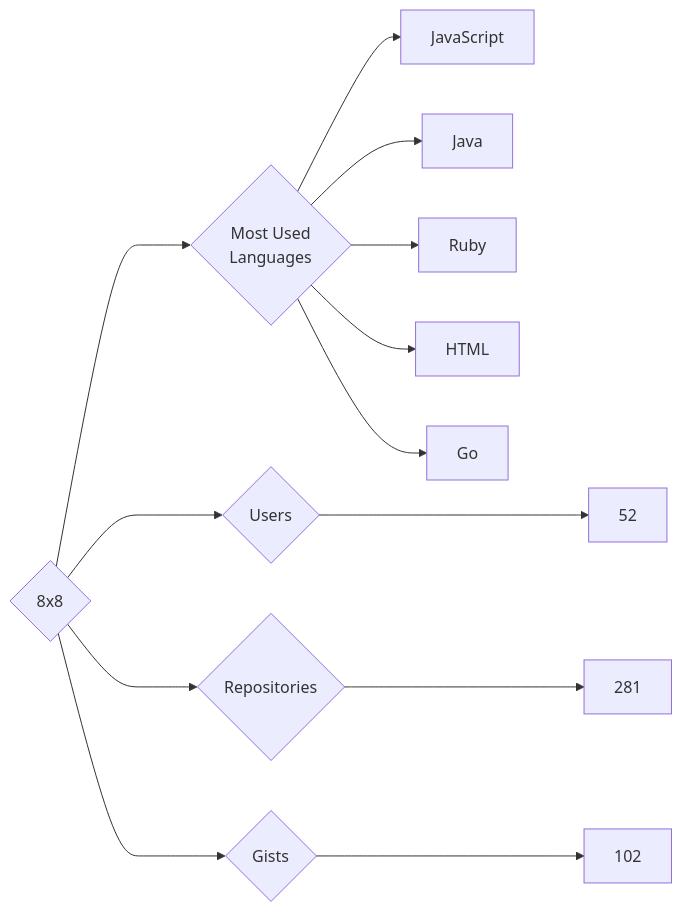
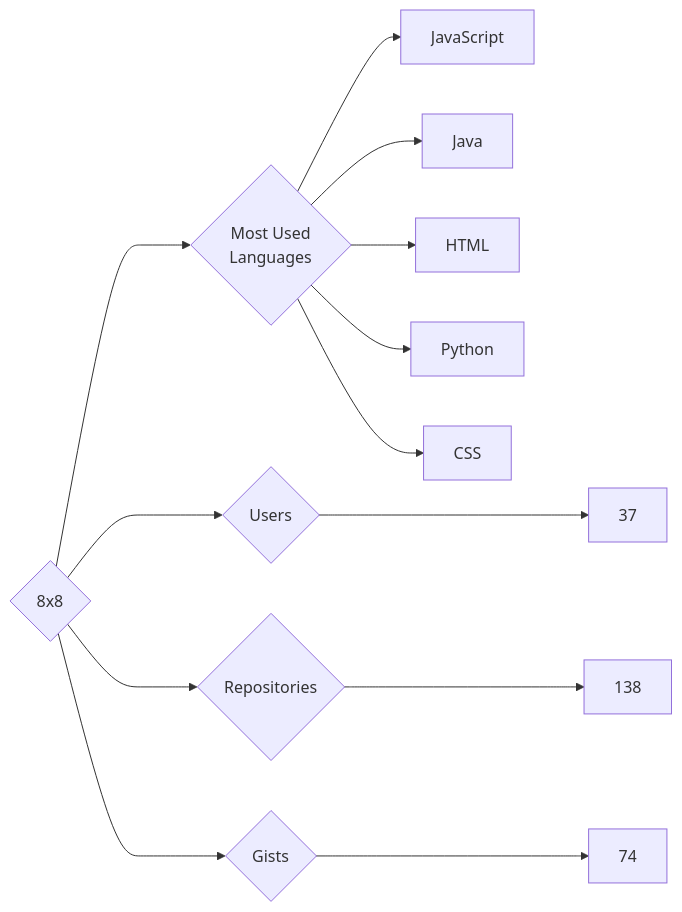
One commit to trickest/insiders changed the diagram in targets/8x8/README.md. Above: the diagram before and after it, drawn with Mermaid. The commit also changed 644 other files, not shown here.

````diff
--- a/targets/8x8/README.md
+++ b/targets/8x8/README.md
@@ -3,13 +3,13 @@
 ```mermaid
 graph LR
 COMPANY_NAME{8x8}
-COMPANY_NAME ---> U{Users} ---> UN[52]
-COMPANY_NAME ---> R{Repositories} ---> RN[281]
-COMPANY_NAME ---> G{Gists} ---> GN[102]
+COMPANY_NAME ---> U{Users} ---> UN[37]
+COMPANY_NAME ---> R{Repositories} ---> RN[138]
+COMPANY_NAME ---> G{Gists} ---> GN[74]
 COMPANY_NAME ---> ML{Most Used<br>Languages}
 ML --> JavaScript[JavaScript]
 ML --> Java[Java]
-ML --> Ruby[Ruby]
 ML --> HTML[HTML]
-ML --> Go[Go]
+ML --> Python[Python]
+ML --> CSS[CSS]
 ```
````
